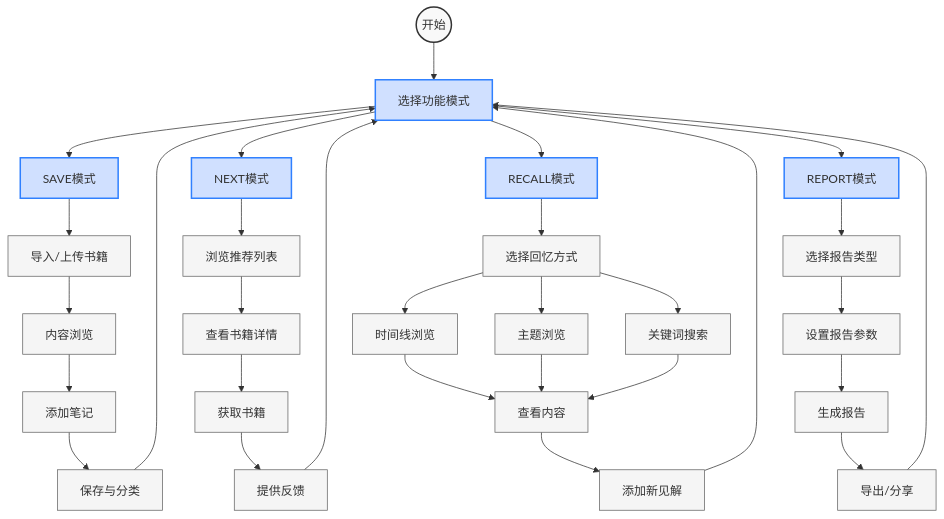
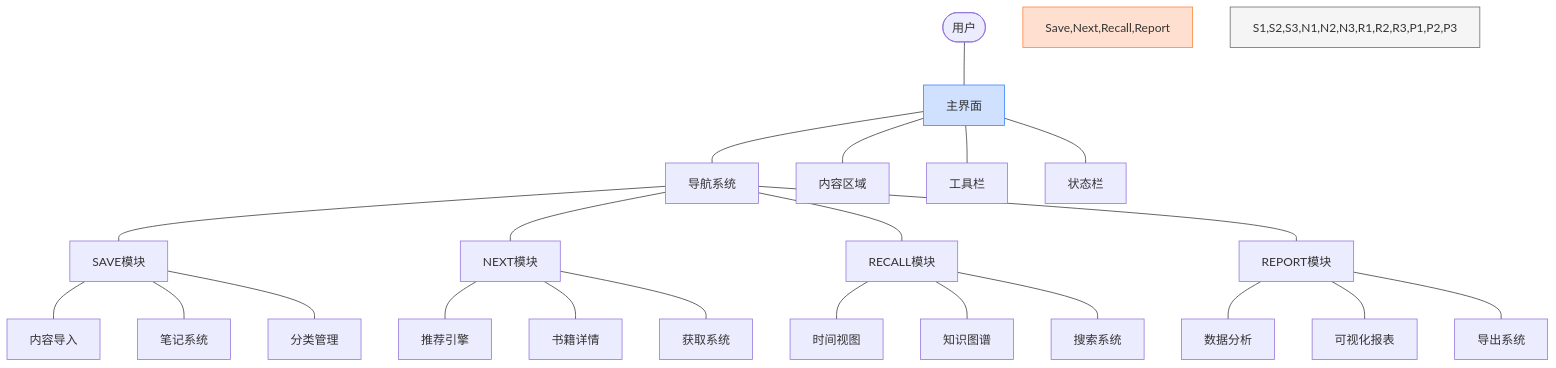
Before and after one commit to EnigmaWU/MyLLM_Arena: the third of 3 diagrams in MyStartups/NextBook/README.md, drawn with Mermaid. The commit also changed other lines of this file and 5 other files, not shown here.

````diff
--- a/MyStartups/NextBook/README.md
+++ b/MyStartups/NextBook/README.md
@@ -295,42 +277,34 @@
 ```mermaid
-graph TD
-    Start((开始)) --> Mode[选择功能模式]
-    Mode --> Save[SAVE模式]
-    Mode --> Next[NEXT模式]
-    Mode --> Recall[RECALL模式]
-    Mode --> Report[REPORT模式]
+flowchart TD
+    User([用户]) --- MainUI[主界面]
     
-    Save --> S1[导入/上传书籍]
-    S1 --> S2[内容浏览]
-    S2 --> S3[添加笔记]
-    S3 --> S4[保存与分类]
-    S4 --> Mode
+    MainUI --- Nav[导航系统]
+    MainUI --- Content[内容区域]
+    MainUI --- Tools[工具栏]
+    MainUI --- Status[状态栏]
     
-    Next --> N1[浏览推荐列表]
-    N1 --> N2[查看书籍详情]
-    N2 --> N3[获取书籍]
-    N3 --> N4[提供反馈]
-    N4 --> Mode
+    Nav --- Save[SAVE模块]
+    Nav --- Next[NEXT模块]
+    Nav --- Recall[RECALL模块]
+    Nav --- Report[REPORT模块]
     
-    Recall --> R1[选择回忆方式]
-    R1 --> R2a[时间线浏览]
-    R1 --> R2b[主题浏览]
-    R1 --> R2c[关键词搜索]
-    R2a & R2b & R2c --> R3[查看内容]
-    R3 --> R4[添加新见解]
-    R4 --> Mode
+    Save --- S1[内容导入]
+    Save --- S2[笔记系统]
+    Save --- S3[分类管理]
     
-    Report --> P1[选择报告类型]
-    P1 --> P2[设置报告参数]
-    P2 --> P3[生成报告]
-    P3 --> P4[导出/分享]
-    P4 --> Mode
+    Next --- N1[推荐引擎]
+    Next --- N2[书籍详情]
+    Next --- N3[获取系统]
     
-    classDef start fill:#f9f9f9,stroke:#333,stroke-width:2px
-    classDef mode fill:#d0e0ff,stroke:#3080ff,stroke-width:2px
-    classDef operation fill:#f5f5f5,stroke:#666
+    Recall --- R1[时间视图]
+    Recall --- R2[知识图谱]
+    Recall --- R3[搜索系统]
     
-    class Start start
-    class Mode,Save,Next,Recall,Report mode
-    class S1,S2,S3,S4,N1,N2,N3,N4,R1,R2a,R2b,R2c,R3,R4,P1,P2,P3,P4 operation
+    Report --- P1[数据分析]
+    Report --- P2[可视化报表]
+    Report --- P3[导出系统]
+    
+    style MainUI fill:#d0e0ff,stroke:#3080ff
+    style Save,Next,Recall,Report fill:#ffe0d0,stroke:#ff8030
+    style S1,S2,S3,N1,N2,N3,R1,R2,R3,P1,P2,P3 fill:#f5f5f5,stroke:#666
 ```
````
